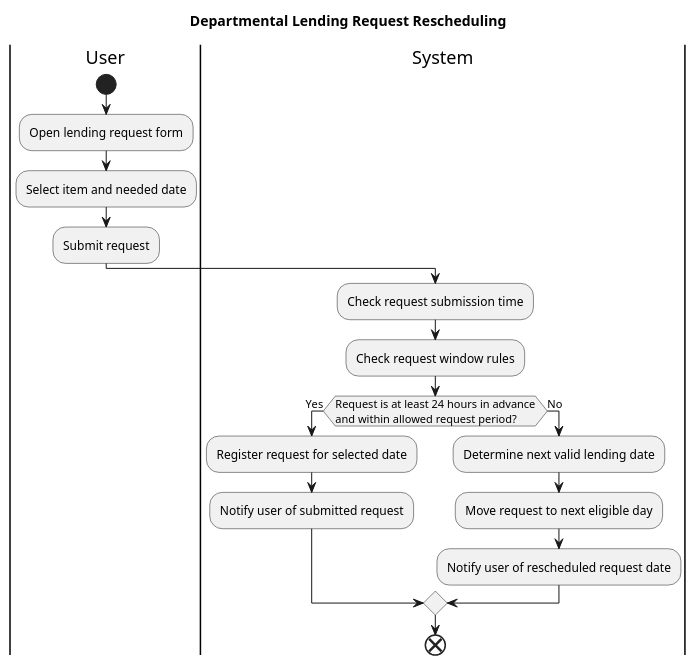
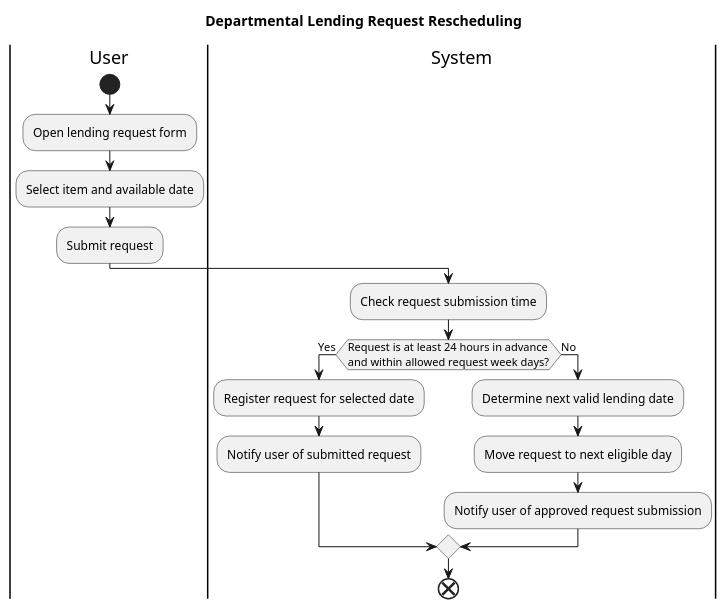
The diagram in activityDiagrams/Departmental Lending Request Rescheduling.puml (JanPerez35/PlantUML), drawn with PlantUML before and after one commit. The commit also changed 9 other files, not shown here.

Commit message:
Updated use case and activity diagrams for clarity.

```diff
--- a/activityDiagrams/Departmental Lending Request Rescheduling.puml
+++ b/activityDiagrams/Departmental Lending Request Rescheduling.puml
@@ -1,24 +1,23 @@
 @startuml
 title Departmental Lending Request Rescheduling
 
 |User|
 start
 :Open lending request form;
-:Select item and needed date;
+:Select item and available date;
 :Submit request;
 
 |System|
 :Check request submission time;
-:Check request window rules;
 
-if (Request is at least 24 hours in advance\nand within allowed request period?) then (Yes)
+if (Request is at least 24 hours in advance\nand within allowed request week days?) then (Yes)
   :Register request for selected date;
   :Notify user of submitted request;
 else (No)
   :Determine next valid lending date;
   :Move request to next eligible day;
-  :Notify user of rescheduled request date;
+  :Notify user of approved request submission;
 endif
 
 end
 @enduml
```
